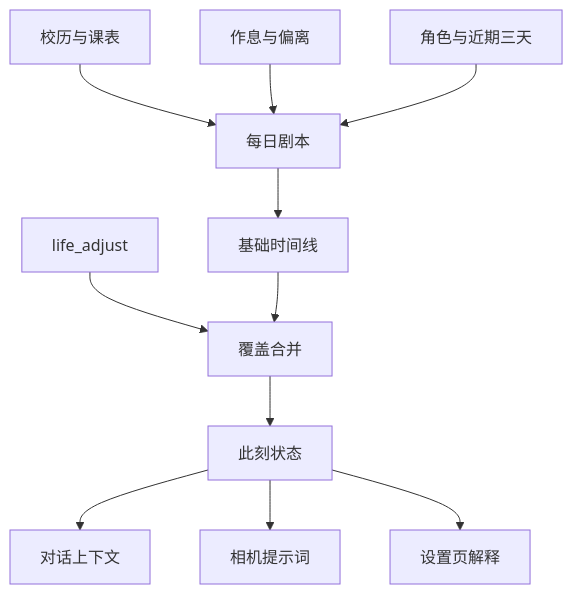
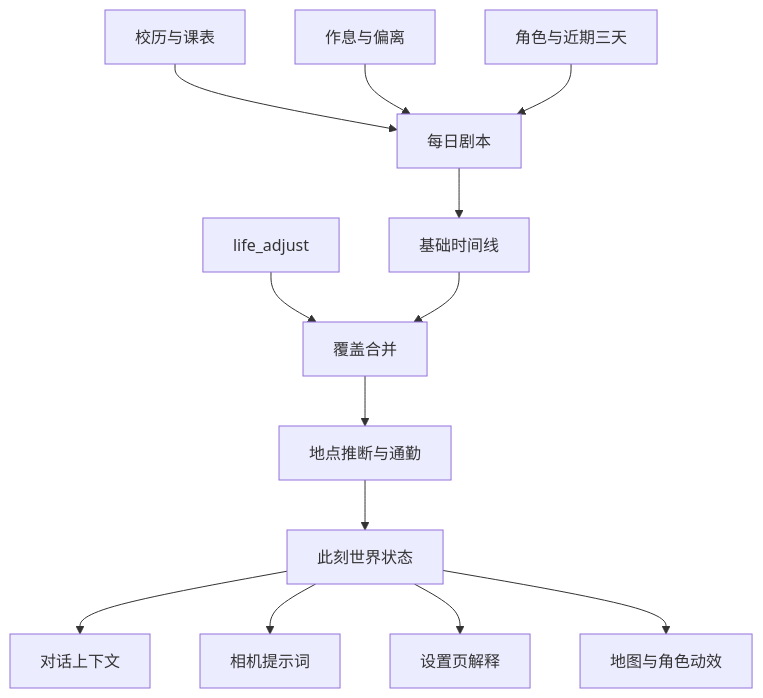
One commit to Vansnc/dsh-feiyu-life changed the diagram in docs/DESIGN.md. Above: the diagram before and after it, drawn with Mermaid. The commit also changed other lines of this file and 11 other files, not shown here.

Commit message:
feat: 增加二维生活地图与角色行为动效（0.10.0）

````diff
--- a/docs/DESIGN.md
+++ b/docs/DESIGN.md
@@ -17,13 +17,15 @@
 ```mermaid
 flowchart TD
   A[校历与课表] --> D[每日剧本]
   B[作息与偏离] --> D
   C[角色与近期三天] --> D
   D --> E[基础时间线]
   F[life_adjust] --> G[覆盖合并]
   E --> G
-  G --> H[此刻状态]
+  G --> L[地点推断与通勤]
+  L --> H[此刻世界状态]
   H --> I[对话上下文]
   H --> J[相机提示词]
   H --> K[设置页解释]
+  H --> M[地图与角色动效]
 ```
````
